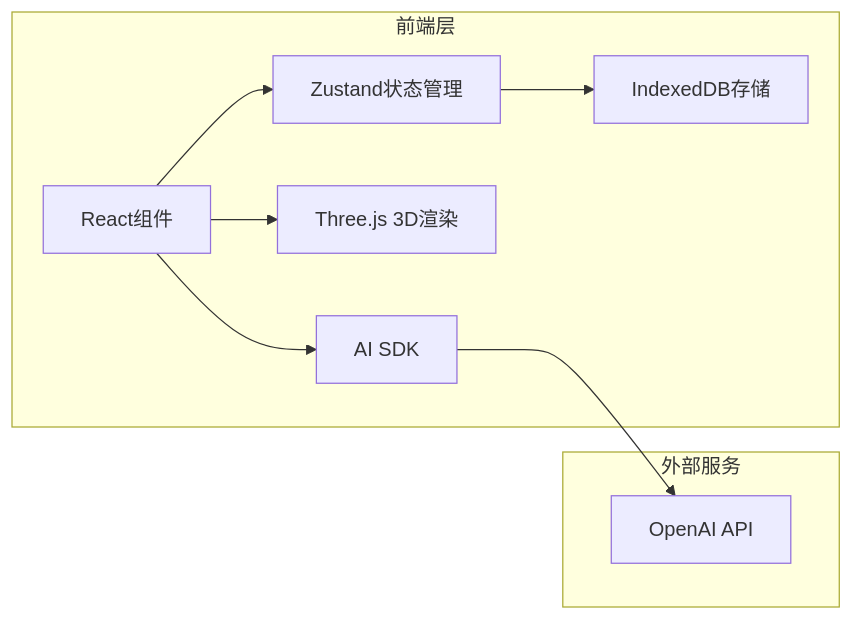
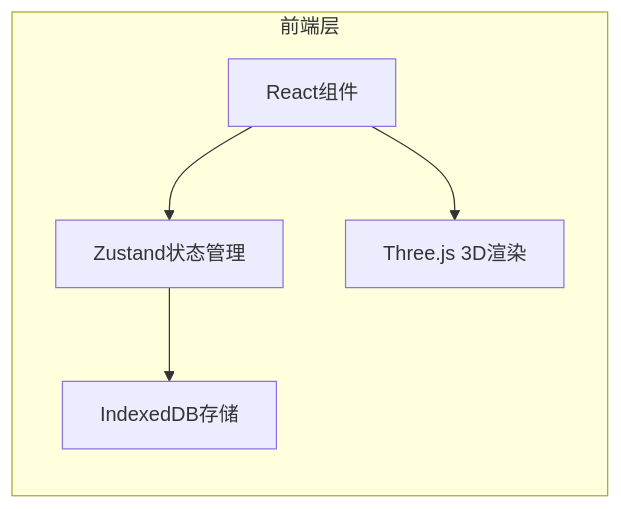
One commit to forgent3d/forgent3d_web changed the diagram in .trae/documents/tech-architecture.md. Above: the diagram before and after it, drawn with Mermaid. The commit also changed other lines of this file and 20 other files, not shown here.

````diff
--- a/.trae/documents/tech-architecture.md
+++ b/.trae/documents/tech-architecture.md
@@ -3,15 +3,8 @@
 ```mermaid
 flowchart LR
     subgraph Frontend ["前端层"]
         A["React组件"] --> B["Zustand状态管理"]
         B --> C["IndexedDB存储"]
         A --> D["Three.js 3D渲染"]
-        A --> E["AI SDK"]
     end
-    
-    subgraph External ["外部服务"]
-        F["OpenAI API"]
-    end
-    
-    E --> F
 ```
````
